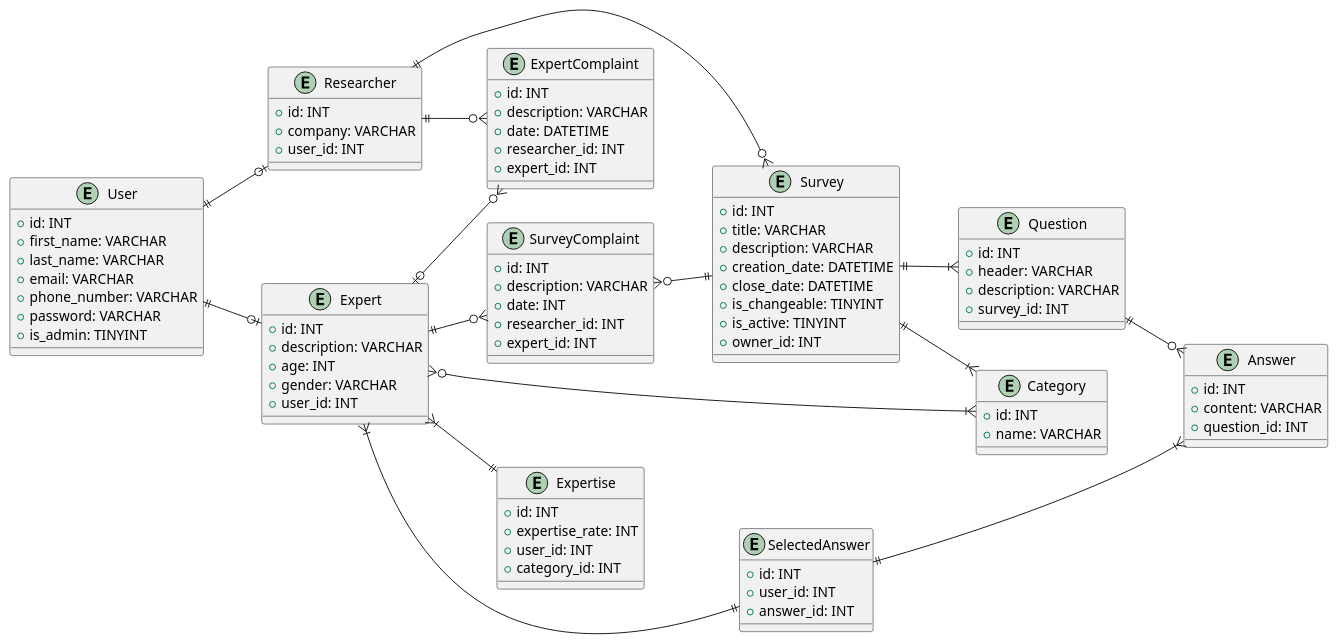
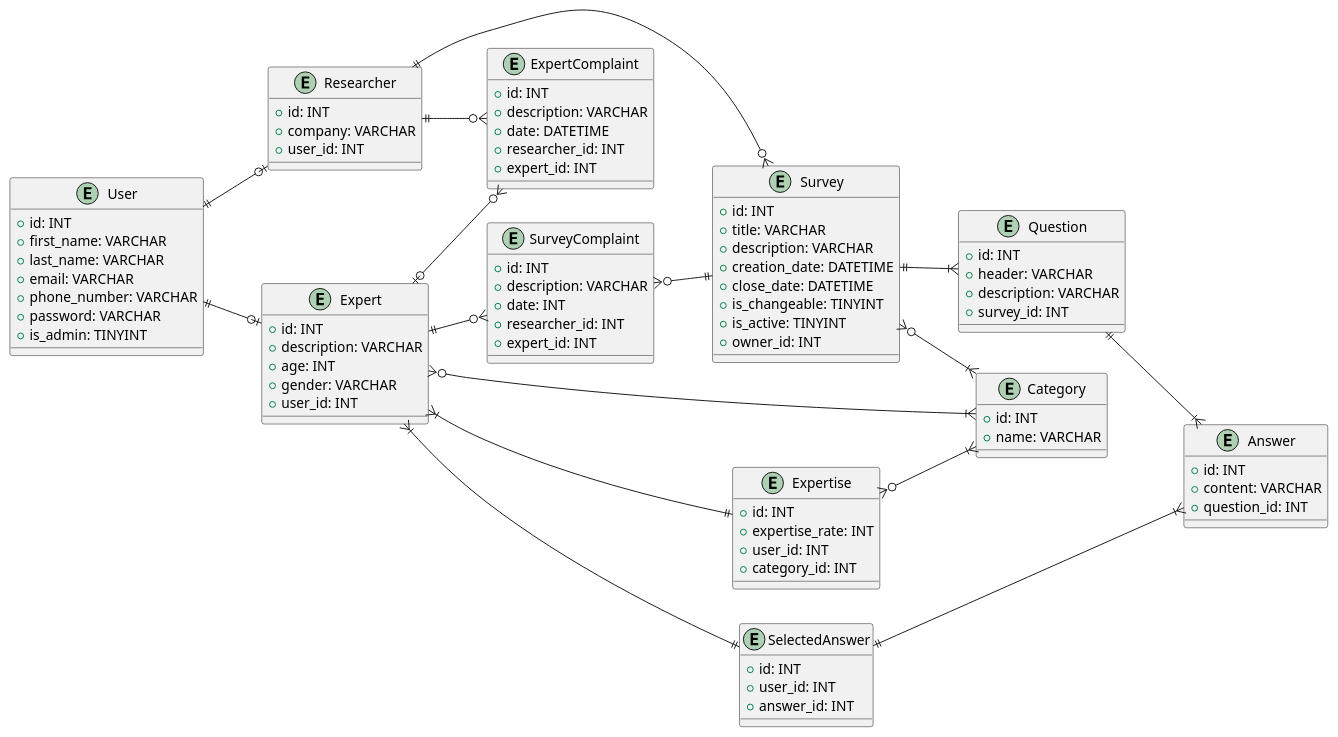
Before and after one commit to generalmaks/db_labs: the second of 2 diagrams in docs/design.md, drawn with PlantUML.

Commit message:
Fix ER model

```diff
--- a/docs/design.md
+++ b/docs/design.md
@@ -278,11 +278,13 @@
   "SurveyComplaint" }o--|| "Survey" 
   
   "Survey" ||--|{ "Question"
-  "Survey" ||--|{ "Category"
+  "Survey" }o--|{ "Category"
   
-  "Question" ||--o{ "Answer"
+  "Question" ||--|{ "Answer"
   
   "SelectedAnswer" ||--|{ "Answer"
+  
+  "Expertise" }o--|{ "Category"
 
   
 
```
